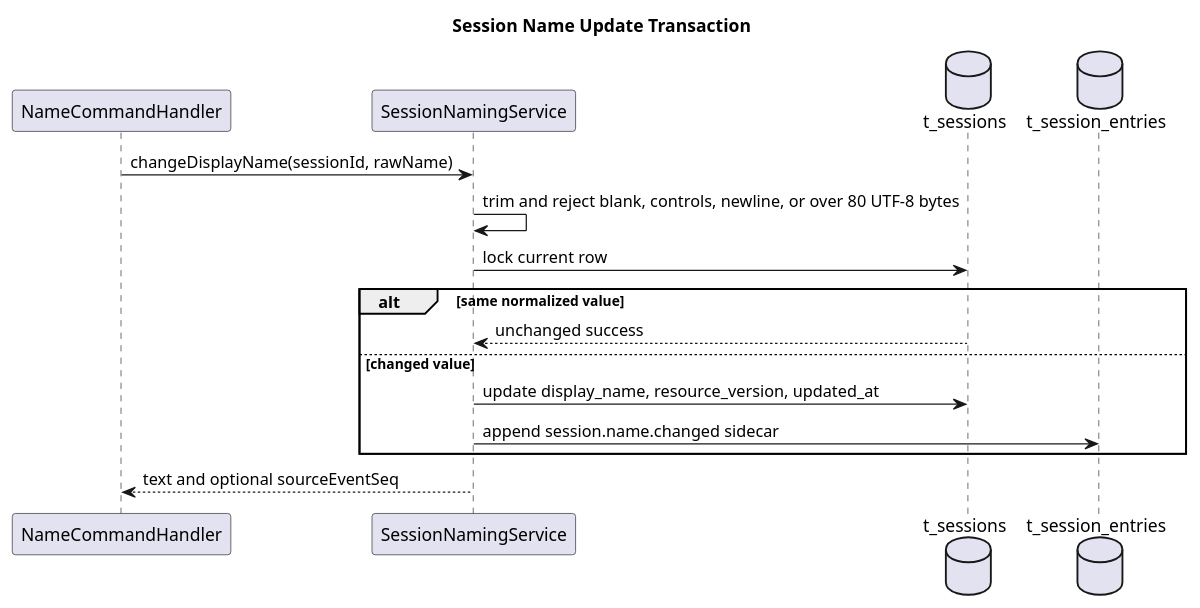
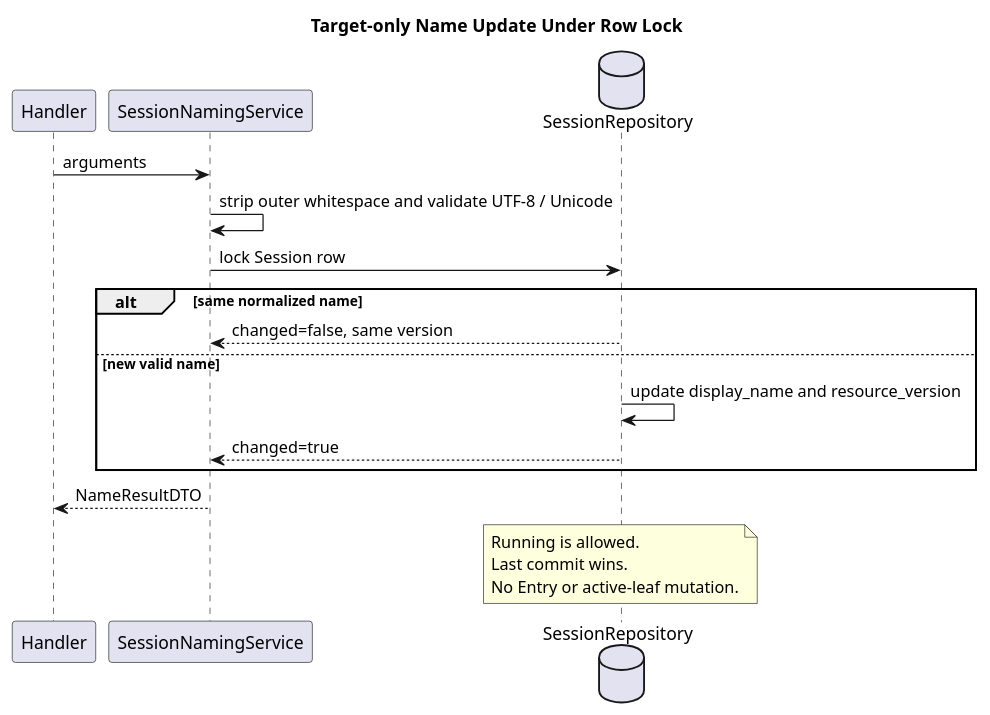
One commit to ssm0808/pi-mono-java-design changed the second of 3 diagrams in 04-命令与技能/01-内置命令/设计图/diagram.puml. Above: the diagram before and after it, drawn with PlantUML. The commit also changed other lines of this file and 47 other files, not shown here.

```diff
--- a/04-命令与技能/01-内置命令/设计图/diagram.puml
+++ b/04-命令与技能/01-内置命令/设计图/diagram.puml
@@ -127,26 +35,24 @@
 @startuml session_name_update
-title Session Name Update Transaction
+title Target-only Name Update Under Row Lock
+' Source evidence: pi-mono-java@d84dd3d6 modules/coding-agent-cli/src/main/resources/db/gaussdb/install/session_schema.sql t_sessions.
+' Architecture change: persist current display_name only; no name event or sidecar.
 skinparam shadowing false
-
-' Source evidence: pi-mono@4af9d21d packages/coding-agent/src/core/agent-session.ts:3005-3012
-' Source evidence: deepseek-harness@141eb6fe packages/session/session-title/src/index.ts:343-383
-' Source evidence: codex@be33f80b codex-rs/app-server/src/request_processors/thread_processor.rs:1510-1541
-' Observed behavior: peer harnesses persist Session or Thread names in the owning runtime domain.
-' Architecture change: CampusClaw replaces the current NameCommand mate-service ownership comment.
-
-participant NameCommandHandler as Handler
-participant SessionNamingService as Naming
-database t_sessions as Sessions
-database t_session_entries as Entries
-
-Handler -> Naming : changeDisplayName(sessionId, rawName)
-Naming -> Naming : trim and reject blank, controls, newline, or over 80 UTF-8 bytes
-Naming -> Sessions : lock current row
-alt same normalized value
-  Sessions --> Naming : unchanged success
-else changed value
-  Naming -> Sessions : update display_name, resource_version, updated_at
-  Naming -> Entries : append session.name.changed sidecar
+participant Handler
+participant SessionNamingService as Service
+database SessionRepository as Repo
+Handler -> Service : arguments
+Service -> Service : strip outer whitespace and validate UTF-8 / Unicode
+Service -> Repo : lock Session row
+alt same normalized name
+  Repo --> Service : changed=false, same version
+else new valid name
+  Repo -> Repo : update display_name and resource_version
+  Repo --> Service : changed=true
 end
-Naming --> Handler : text and optional sourceEventSeq
+Service --> Handler : NameResultDTO
+note over Repo
+Running is allowed.
+Last commit wins.
+No Entry or active-leaf mutation.
+end note
 @enduml
```
